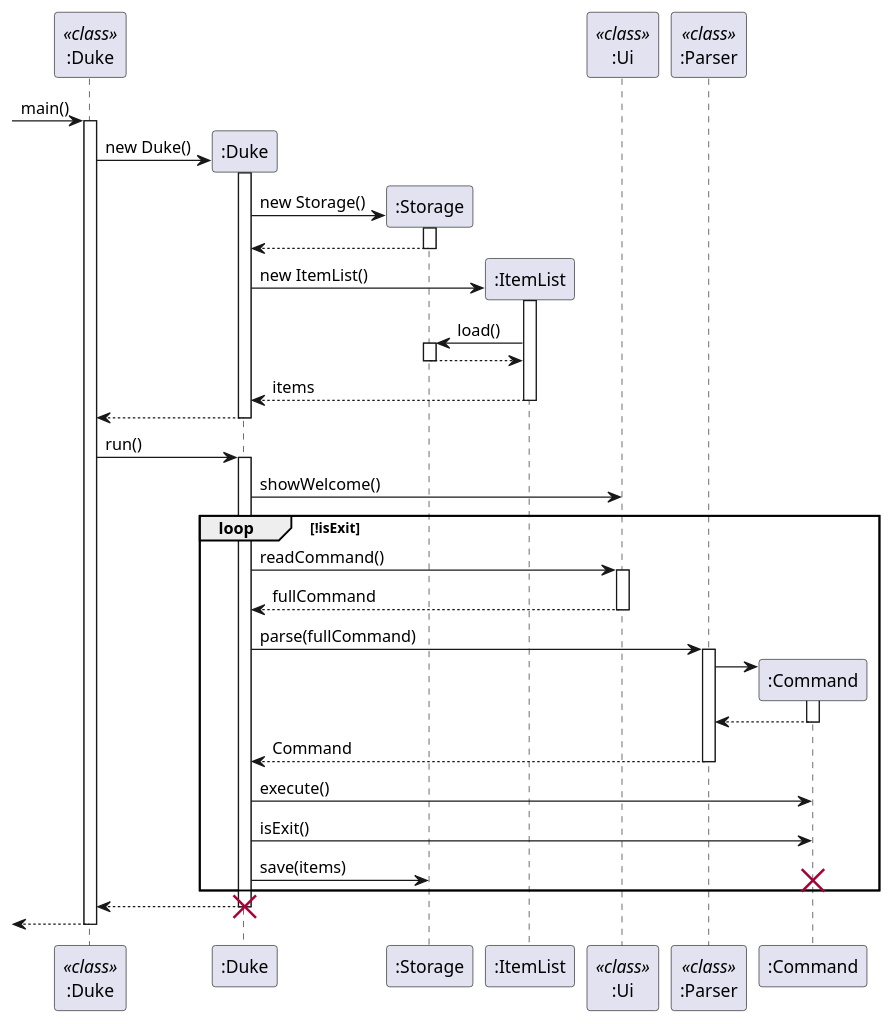
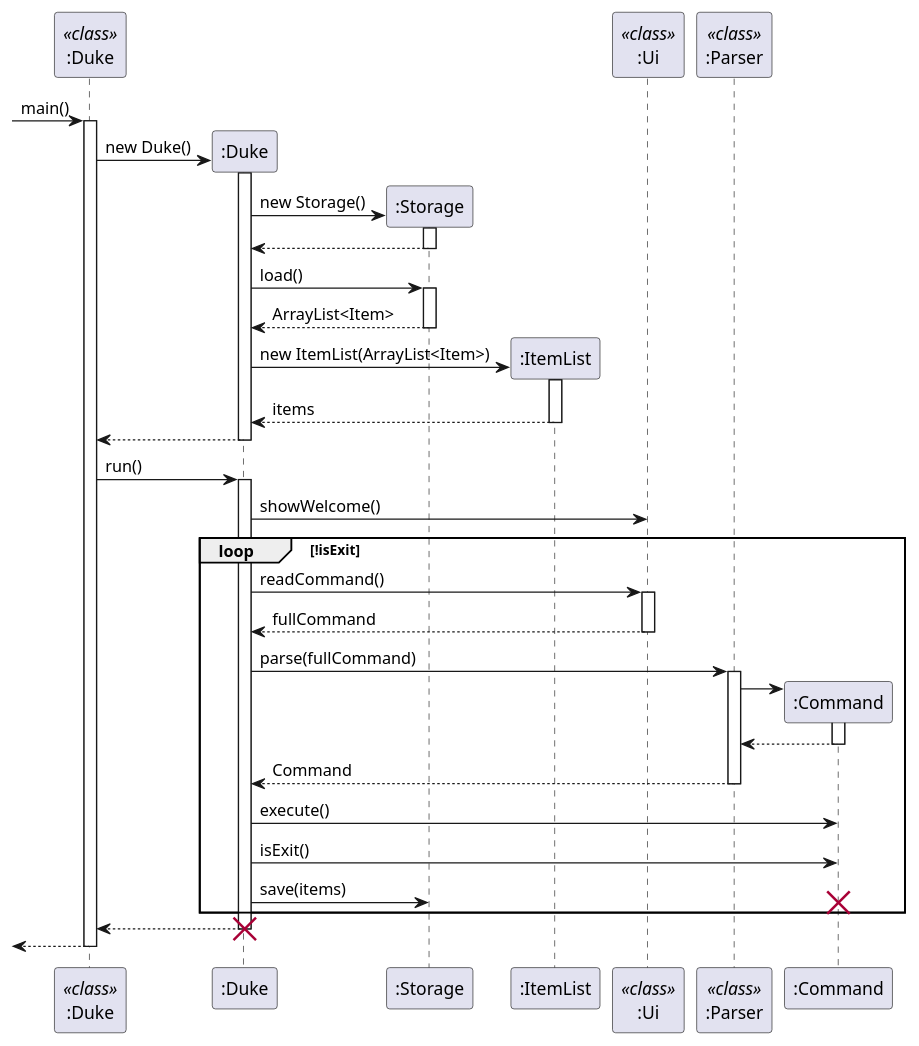
One commit to yh-ng/tp changed the diagram in docs/diagrams/DukeSequenceDiagram.puml. Above: the diagram before and after it, drawn with PlantUML. The commit also changed 1 other file, not shown here.

Commit message:
Update DukeSequenceDiagram

```diff
--- a/docs/diagrams/DukeSequenceDiagram.puml
+++ b/docs/diagrams/DukeSequenceDiagram.puml
@@ -1,87 +1,87 @@
 @startuml
 participant ":Duke" as DukeClass <<class>>
 participant ":Duke" as Duke
 participant ":Storage" as Storage
 participant ":ItemList" as ItemList
 participant ":Ui" as Ui <<class>>
 participant ":Parser" as Parser <<class>>
 participant ":Command" as Command
 
 -> DukeClass : main()
 activate DukeClass
 
 create Duke
 DukeClass -> Duke: new Duke()
 activate Duke
 
 create Storage
 Duke -> Storage : new Storage()
 activate Storage
 
 Duke <-- Storage
 deactivate Storage
 
-create ItemList
-Duke -> ItemList : new ItemList()
-activate ItemList
-
-Storage <- ItemList : load()
+Duke -> Storage : load()
 activate Storage
 
-Storage --> ItemList
+Duke <-- Storage : ArrayList<Item>
 deactivate Storage
+
+create ItemList
+Duke -> ItemList : new ItemList(ArrayList<Item>)
+activate ItemList
 
 Duke <-- ItemList : items
 deactivate ItemList
 
 DukeClass <-- Duke
 deactivate Duke
 
 DukeClass -> Duke : run()
 activate Duke
 
 'Duke runs
 
 Duke -> Ui : showWelcome()
 
 loop !isExit
 
 Duke -> Ui : readCommand()
 activate Ui
 
 Duke <-- Ui : fullCommand
 deactivate Ui
 
 Duke -> Parser : parse(fullCommand)
 activate Parser
 
 create Command
 Parser -> Command
 activate Command
 
 Parser <-- Command
 deactivate Command
 
 Duke <-- Parser : Command
 deactivate Parser
 
 Duke -> Command : execute()
 
 Duke -> Command : isExit()
 
 Duke -> Storage : save(items)
 
 destroy Command
 
 end
 
 'Duke stops
 
 DukeClass <-- Duke
 deactivate Duke
 
 destroy Duke
 
 <-- DukeClass
 deactivate DukeClass
 @enduml
```
